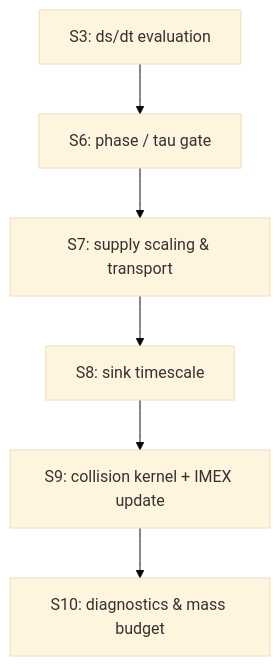
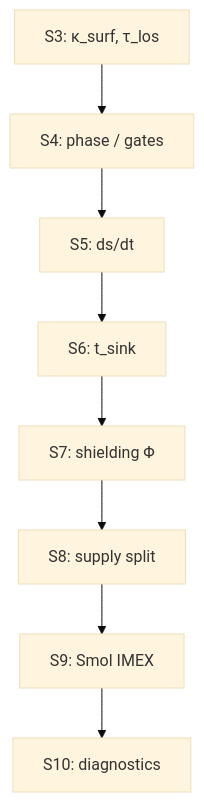
One commit to Einfeld686/MarsDiskSimulation changed the fifth of 8 diagrams in analysis/thesis/methods.md. Above: the diagram before and after it, drawn with Mermaid (base theme). The commit also changed other lines of this file and 7 other files, not shown here.

Commit message:
docs(thesis): refine methods flow and run_sweep tables

````diff
--- a/analysis/thesis/methods.md
+++ b/analysis/thesis/methods.md
@@ -366,8 +384,5 @@
 ```mermaid
 flowchart TB
-    A[S3: ds/dt evaluation] --> B[S6: phase / tau gate]
-    B --> C[S7: supply scaling & transport]
-    C --> D[S8: sink timescale]
-    D --> E[S9: collision kernel + IMEX update]
-    E --> F[S10: diagnostics & mass budget]
+    S3["S3: κ_surf, τ_los"] --> S4["S4: phase / gates"] --> S5["S5: ds/dt"] --> S6["S6: t_sink"]
+    S6 --> S7["S7: shielding Φ"] --> S8["S8: supply split"] --> S9["S9: Smol IMEX"] --> S10["S10: diagnostics"]
 ```
````
